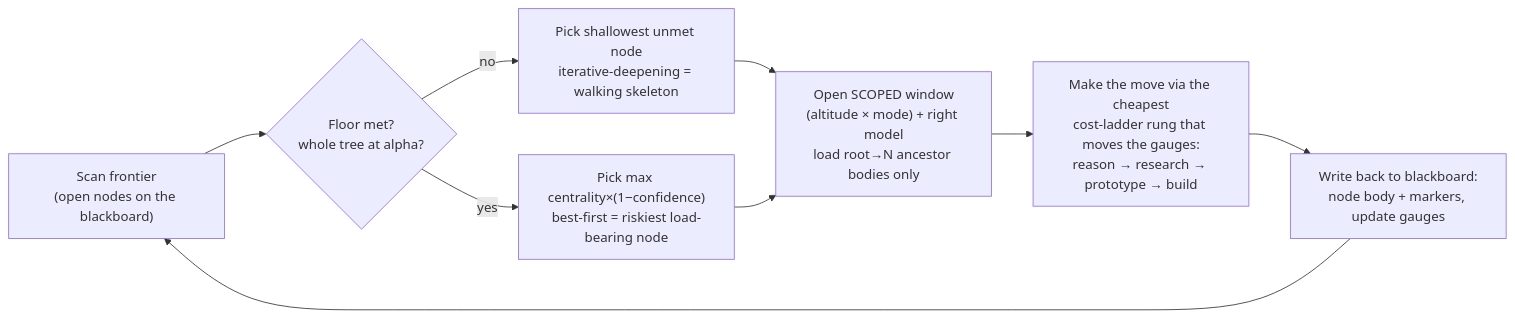
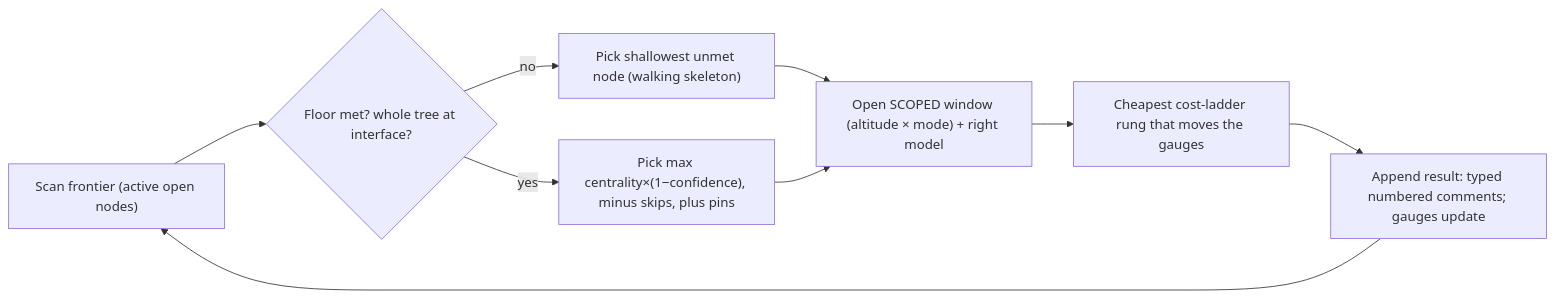
One commit to vorpalvorpal/skills changed the second of 4 diagrams in workflow-redesign.md. Above: the diagram before and after it, drawn with Mermaid. The commit also changed other lines of this file and 15 other files, not shown here.

````diff
--- a/workflow-redesign.md
+++ b/workflow-redesign.md
@@ -133,11 +242,11 @@
 ```mermaid
 flowchart LR
-    A["Scan frontier<br/>(open nodes on the blackboard)"] --> B{"Floor met?<br/>whole tree at alpha?"}
-    B -- no --> C["Pick shallowest unmet node<br/>iterative-deepening = walking skeleton"]
-    B -- yes --> D["Pick max centrality×(1−confidence)<br/>best-first = riskiest load-bearing node"]
-    C --> E["Open SCOPED window<br/>(altitude × mode) + right model<br/>load root→N ancestor bodies only"]
+    A["Scan frontier (active open nodes)"] --> B{"Floor met? whole tree at interface?"}
+    B -- no --> C["Pick shallowest unmet node (walking skeleton)"]
+    B -- yes --> D["Pick max centrality×(1−confidence), minus skips, plus pins"]
+    C --> E["Open SCOPED window (altitude × mode) + right model"]
     D --> E
-    E --> F["Make the move via the cheapest<br/>cost-ladder rung that moves the gauges:<br/>reason → research → prototype → build"]
-    F --> G["Write back to blackboard:<br/>node body + markers, update gauges"]
+    E --> F["Cheapest cost-ladder rung that moves the gauges"]
+    F --> G["Append result: typed numbered comments; gauges update"]
     G --> A
 ```
````
